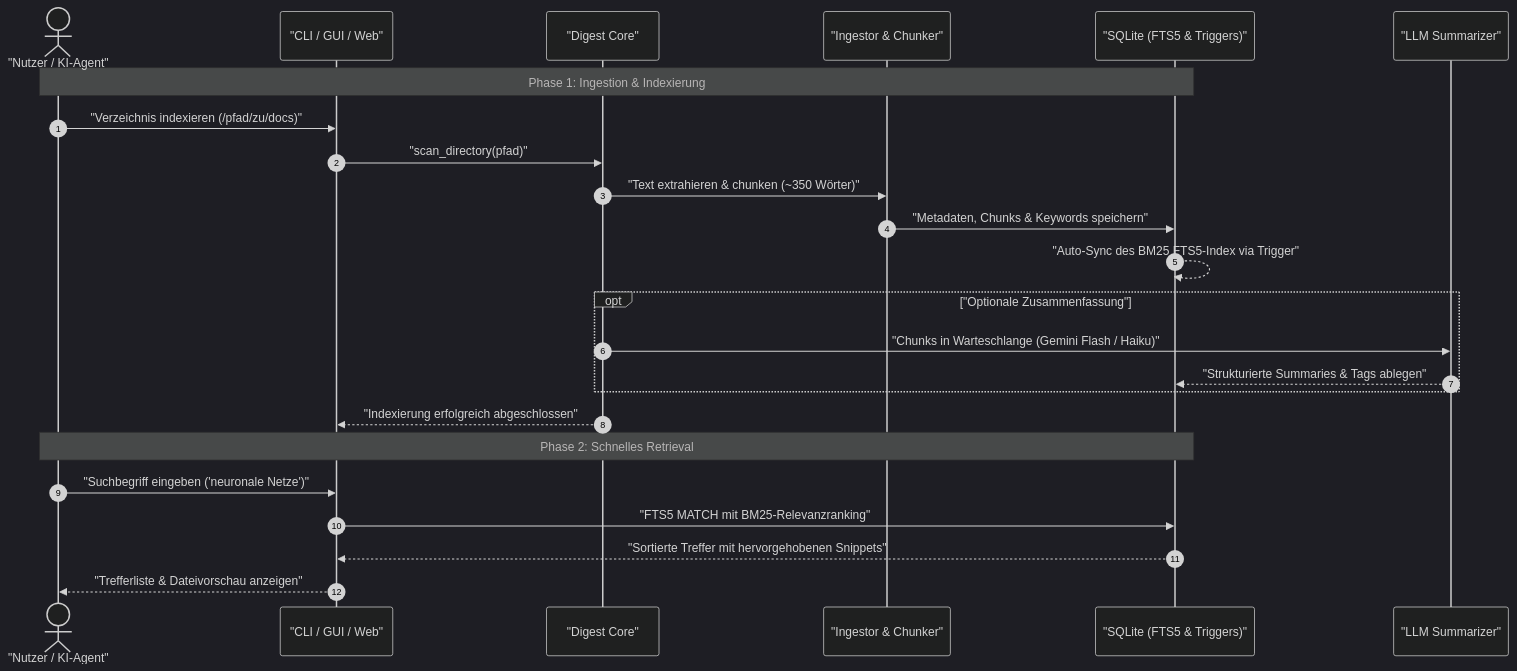
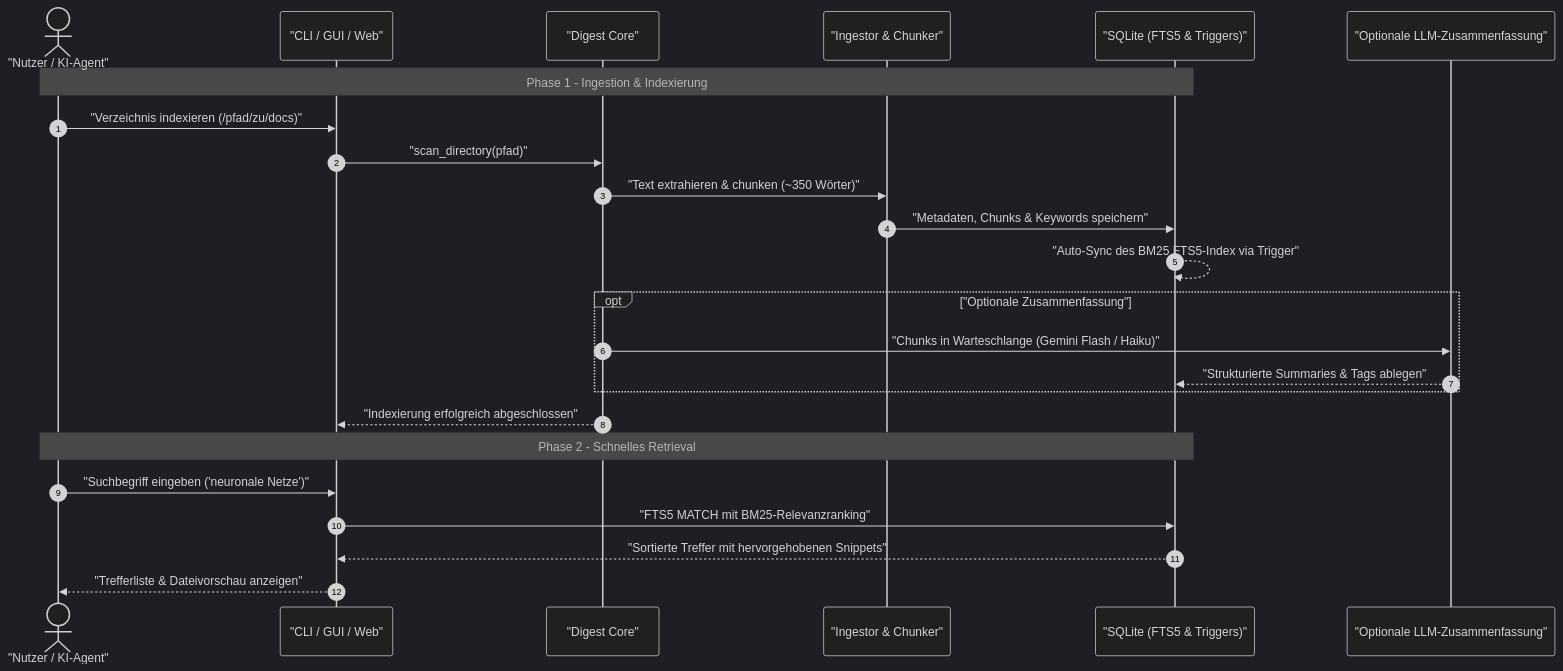
Before and after one commit to file-bricks/KnowledgeDigest: the second of 2 diagrams in README_de.md, drawn with Mermaid (dark theme). The commit also changed other lines of this file and 10 other files, not shown here.

Commit message:
feat(marketing): bilingual 18-point parity, dual mermaid diagrams, personas, level 1 sbom and metadata tests

````diff
--- a/README_de.md
+++ b/README_de.md
@@ -58,28 +111,28 @@
 ```mermaid
 sequenceDiagram
     autonumber
     actor User as "Nutzer / KI-Agent"
     participant CLI as "CLI / GUI / Web"
     participant Core as "Digest Core"
     participant Ingest as "Ingestor & Chunker"
     participant DB as "SQLite (FTS5 & Triggers)"
-    participant LLM as "LLM Summarizer"
+    participant LLM as "Optionale LLM-Zusammenfassung"
 
-    Note over User,DB: Phase 1: Ingestion & Indexierung
+    Note over User,DB: Phase 1 - Ingestion & Indexierung
     User->>CLI: "Verzeichnis indexieren (/pfad/zu/docs)"
     CLI->>Core: "scan_directory(pfad)"
     Core->>Ingest: "Text extrahieren & chunken (~350 Wörter)"
     Ingest->>DB: "Metadaten, Chunks & Keywords speichern"
     DB-->>DB: "Auto-Sync des BM25 FTS5-Index via Trigger"
     opt "Optionale Zusammenfassung"
         Core->>LLM: "Chunks in Warteschlange (Gemini Flash / Haiku)"
         LLM-->>DB: "Strukturierte Summaries & Tags ablegen"
     end
     Core-->>CLI: "Indexierung erfolgreich abgeschlossen"
 
-    Note over User,DB: Phase 2: Schnelles Retrieval
+    Note over User,DB: Phase 2 - Schnelles Retrieval
     User->>CLI: "Suchbegriff eingeben ('neuronale Netze')"
     CLI->>DB: "FTS5 MATCH mit BM25-Relevanzranking"
     DB-->>CLI: "Sortierte Treffer mit hervorgehobenen Snippets"
     CLI-->>User: "Trefferliste & Dateivorschau anzeigen"
 ```
````
